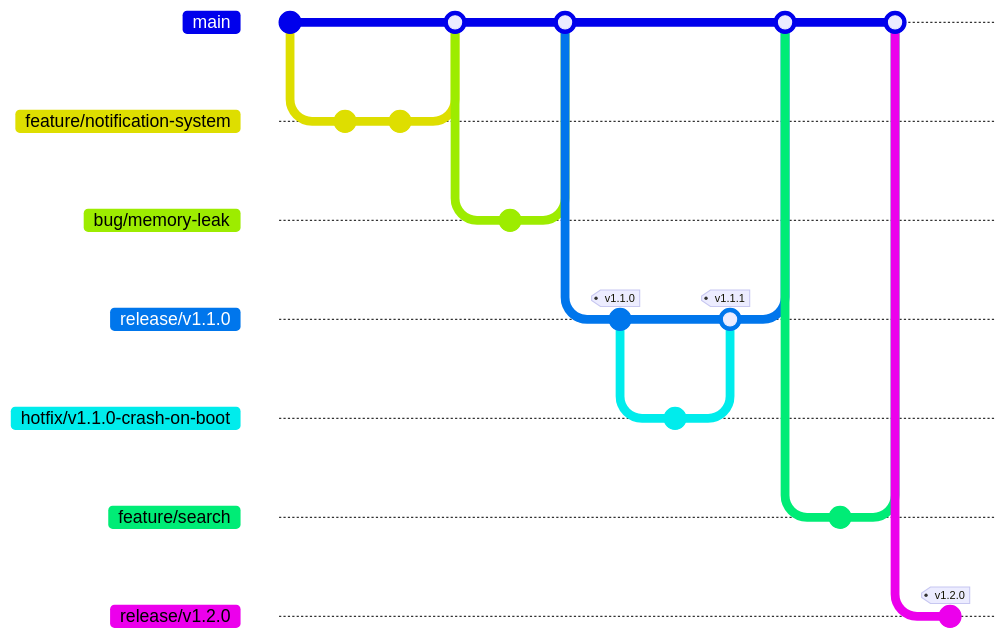
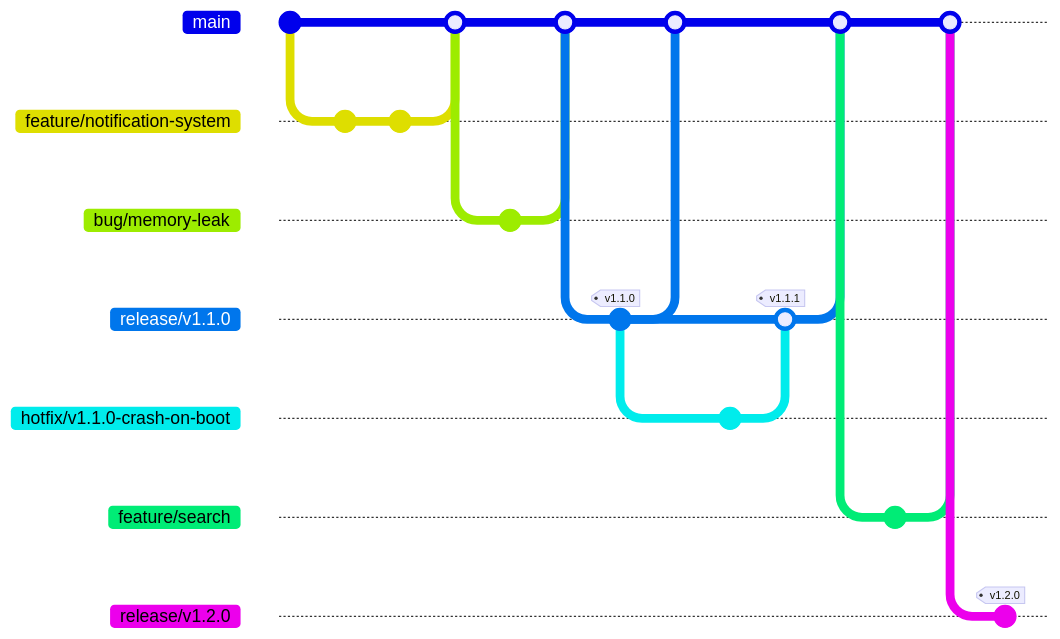
Before and after one commit to andrew54068/git-regulation: the diagram in docs/hit-branch-strategy-and-github-manual.md, drawn with Mermaid. The commit also changed other lines of this file, not shown here. Commit ids are hidden.

First line of the commit message:
[docs] Merge release into main at release time, not only after hotfix

````diff
--- a/docs/hit-branch-strategy-and-github-manual.md
+++ b/docs/hit-branch-strategy-and-github-manual.md
@@ -38,28 +38,31 @@
 ```mermaid
 %%{init: {'gitGraph': {'showCommitLabel': false, 'mainBranchName': 'main'}} }%%
 gitGraph
     commit
     branch "feature/notification-system"
     commit
     commit
     checkout main
     merge "feature/notification-system"
     branch "bug/memory-leak"
     commit
     checkout main
     merge "bug/memory-leak"
     branch "release/v1.1.0"
     commit tag: "v1.1.0"
+    checkout main
+    merge "release/v1.1.0"
+    checkout "release/v1.1.0"
     branch "hotfix/v1.1.0-crash-on-boot"
     commit
     checkout "release/v1.1.0"
     merge "hotfix/v1.1.0-crash-on-boot" tag: "v1.1.1"
     checkout main
     merge "release/v1.1.0"
     branch "feature/search"
     commit
     checkout main
     merge "feature/search"
     branch "release/v1.2.0"
     commit tag: "v1.2.0"
 ```
````
